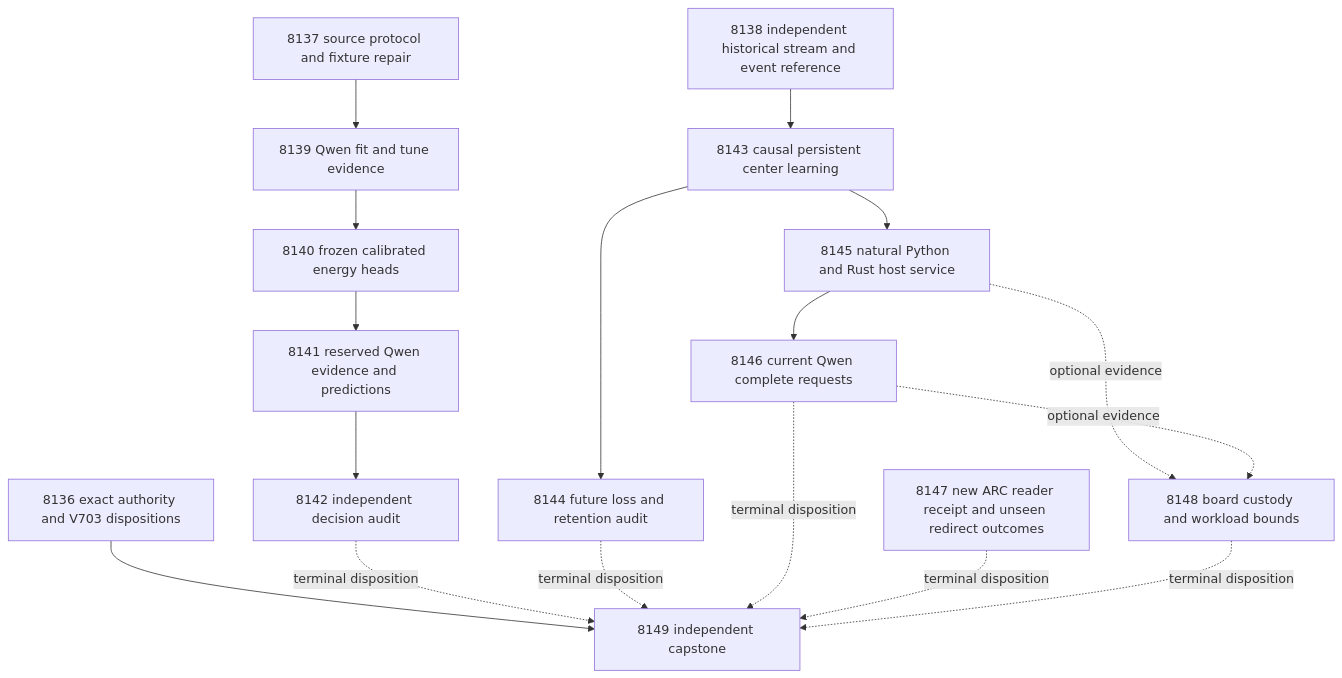
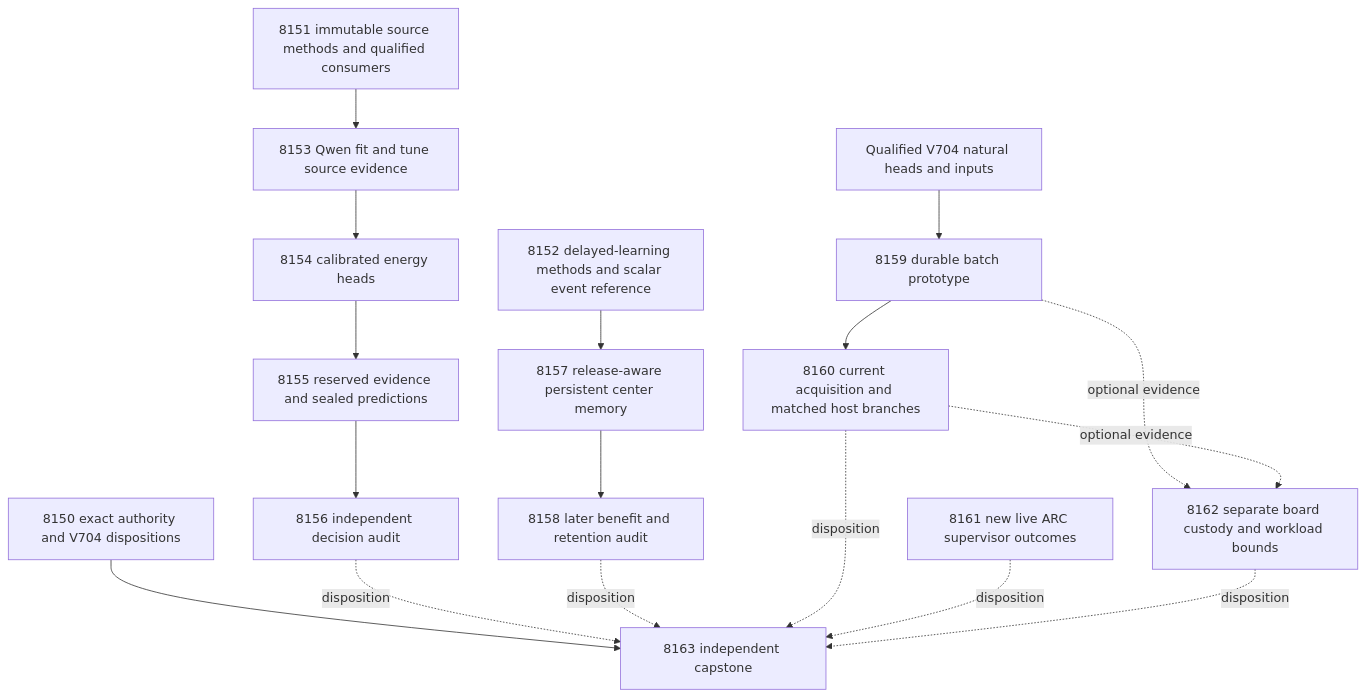
One commit to Carnot-EBM/carnot-ebm changed the diagram in openspec/change-proposals/research-roadmap-vNEXT.md. Above: the diagram before and after it, drawn with Mermaid. The commit also changed other lines of this file and 18 other files, not shown here.

````diff
--- a/openspec/change-proposals/research-roadmap-vNEXT.md
+++ b/openspec/change-proposals/research-roadmap-vNEXT.md
@@ -88,24 +101,24 @@
 ```mermaid
 flowchart TD
-    A[8136 exact authority and V703 dispositions]
-    B[8137 source protocol and fixture repair]
-    C[8138 independent historical stream and event reference]
-    B --> D[8139 Qwen fit and tune evidence]
-    D --> E[8140 frozen calibrated energy heads]
-    E --> F[8141 reserved Qwen evidence and predictions]
-    F --> G[8142 independent decision audit]
-    C --> H[8143 causal persistent center learning]
-    H --> I[8144 future loss and retention audit]
-    H --> J[8145 natural Python and Rust host service]
-    J --> K[8146 current Qwen complete requests]
-    L[8147 new ARC reader receipt and unseen redirect outcomes]
-    M[8148 board custody and workload bounds]
-    J -. optional evidence .-> M
-    K -. optional evidence .-> M
-    A --> N[8149 independent capstone]
-    G -. terminal disposition .-> N
-    I -. terminal disposition .-> N
-    K -. terminal disposition .-> N
-    L -. terminal disposition .-> N
-    M -. terminal disposition .-> N
+    A[8150 exact authority and V704 dispositions]
+    B[8151 immutable source methods and qualified consumers]
+    C[8152 delayed-learning methods and scalar event reference]
+    B --> D[8153 Qwen fit and tune source evidence]
+    D --> E[8154 calibrated energy heads]
+    E --> F[8155 reserved evidence and sealed predictions]
+    F --> G[8156 independent decision audit]
+    C --> H[8157 release-aware persistent center memory]
+    H --> I[8158 later benefit and retention audit]
+    J[Qualified V704 natural heads and inputs] --> K[8159 durable batch prototype]
+    K --> L[8160 current acquisition and matched host branches]
+    M[8161 new live ARC supervisor outcomes]
+    N[8162 separate board custody and workload bounds]
+    K -. optional evidence .-> N
+    L -. optional evidence .-> N
+    A --> O[8163 independent capstone]
+    G -. disposition .-> O
+    I -. disposition .-> O
+    L -. disposition .-> O
+    M -. disposition .-> O
+    N -. disposition .-> O
 ```
````
